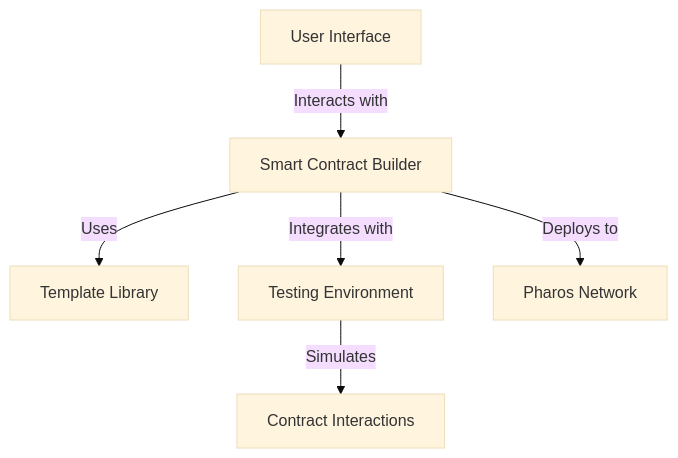
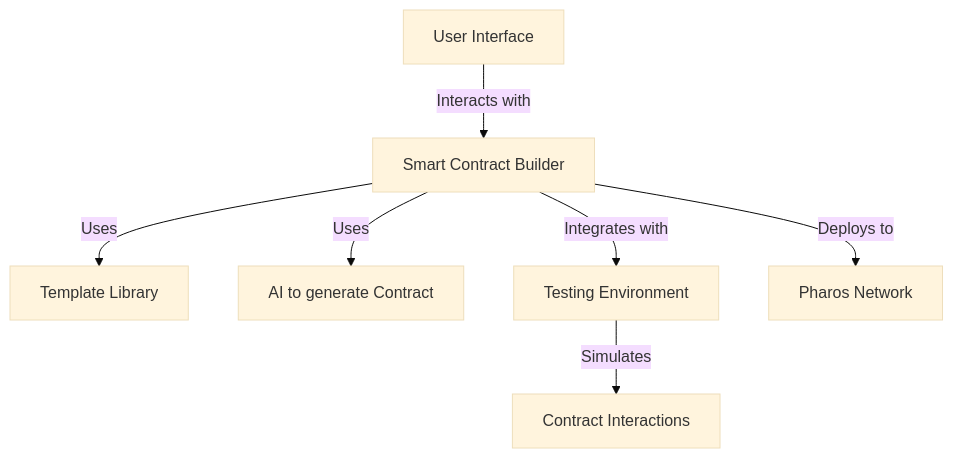
The diagram in README.md (degenbuilder7/pharos-forge), drawn with Mermaid (base theme) before and after one commit.

````diff
--- a/README.md
+++ b/README.md
@@ -29,8 +29,9 @@
 ```mermaid
 graph TD;
     A[User Interface] -->|Interacts with| B[Smart Contract Builder];
     B -->|Uses| C[Template Library];
+    B -->|Uses| G[AI to generate Contract];
     B -->|Integrates with| D[Testing Environment];
     B -->|Deploys to| E[Pharos Network];
     D -->|Simulates| F[Contract Interactions];
 ```
````
